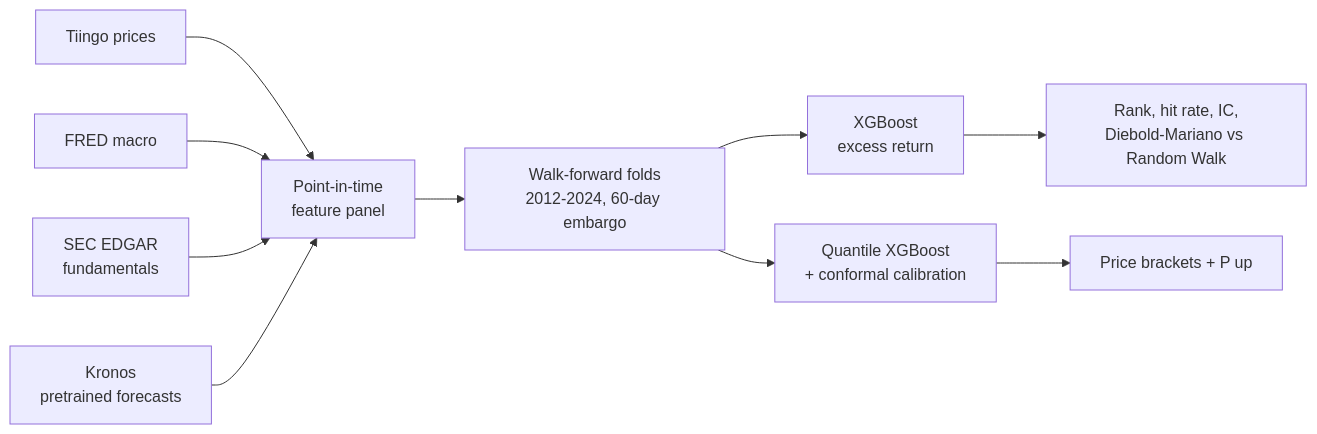
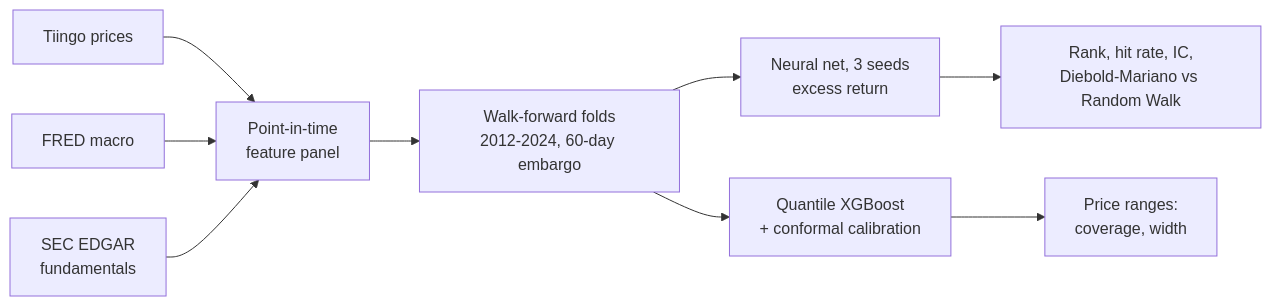
One commit to Naveed-CoLab/LatticeX changed the second of 2 diagrams in README.md. Above: the diagram before and after it, drawn with Mermaid. The commit also changed other lines of this file and 31 other files, not shown here.

````diff
--- a/README.md
+++ b/README.md
@@ -96,12 +99,11 @@
 ```mermaid
 flowchart LR
     A[Tiingo prices] --> D[Point-in-time<br/>feature panel]
     B[FRED macro] --> D
     C[SEC EDGAR<br/>fundamentals] --> D
-    K[Kronos<br/>pretrained forecasts] --> D
     D --> E[Walk-forward folds<br/>2012-2024, 60-day embargo]
-    E --> F[XGBoost<br/>excess return]
+    E --> F[Neural net, 3 seeds<br/>excess return]
     E --> G[Quantile XGBoost<br/>+ conformal calibration]
     F --> H[Rank, hit rate, IC,<br/>Diebold-Mariano vs Random Walk]
-    G --> I[Price brackets + P up]
+    G --> I[Price ranges:<br/>coverage, width]
 ```
````
